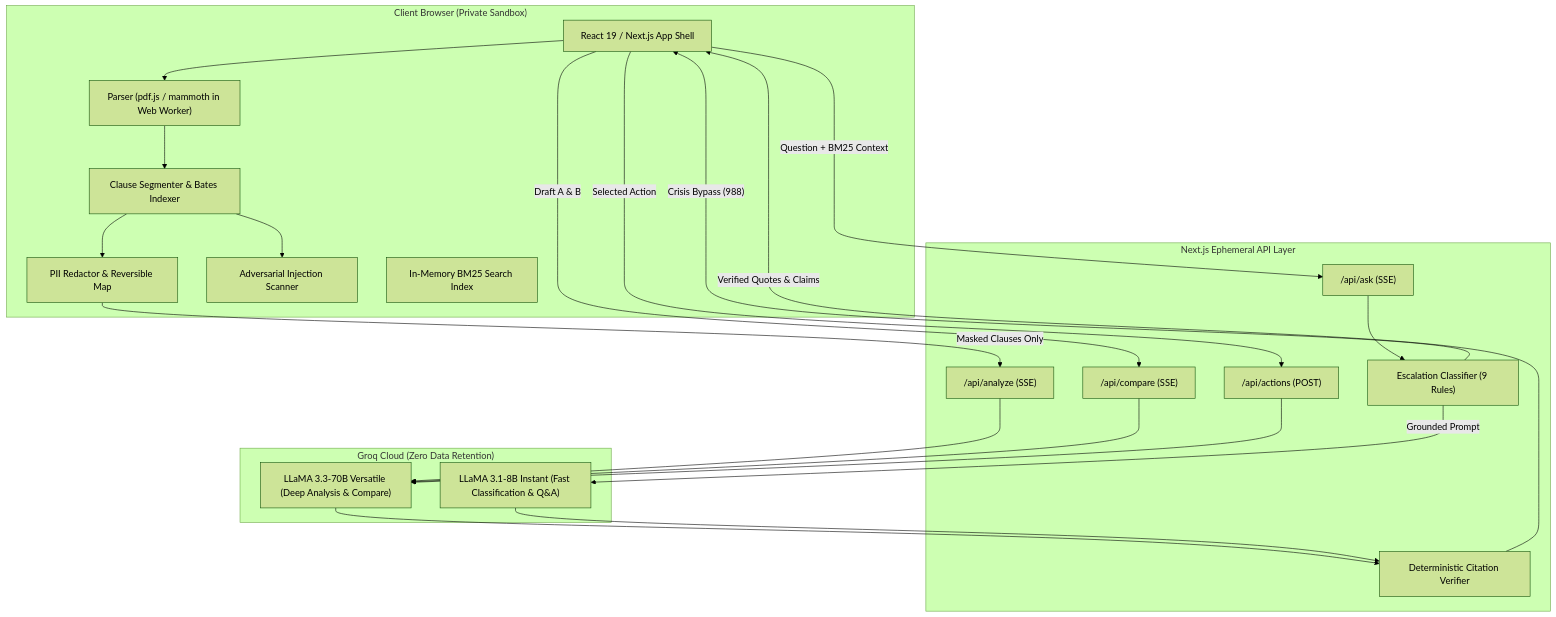
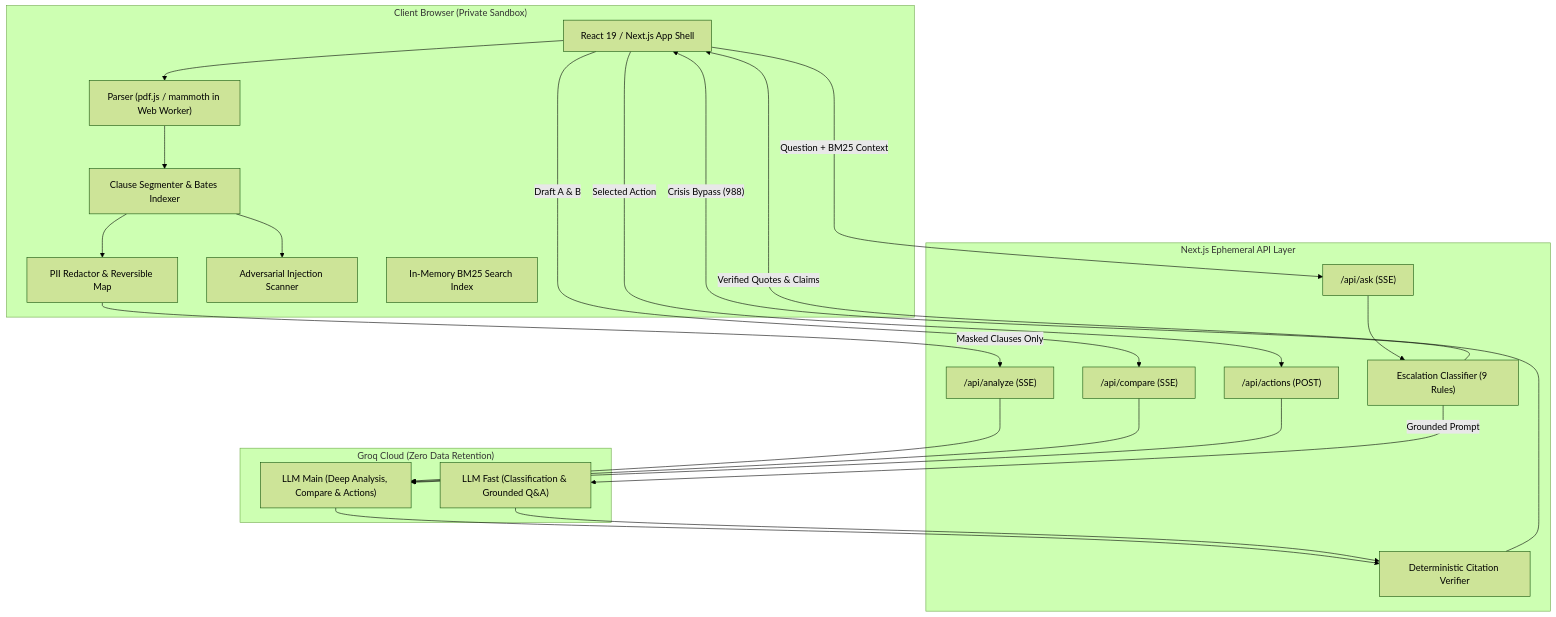
The diagram in README.md (Aryan24a-git/Lexlens), drawn with Mermaid (forest theme) before and after one commit. The commit also changed other lines of this file, not shown here.

````diff
--- a/README.md
+++ b/README.md
@@ -73,44 +81,44 @@
 ```mermaid
 flowchart TD
     subgraph Browser ["Client Browser (Private Sandbox)"]
         UI["React 19 / Next.js App Shell"]
         Parser["Parser (pdf.js / mammoth in Web Worker)"]
         Segmenter["Clause Segmenter & Bates Indexer"]
         PII["PII Redactor & Reversible Map"]
         Scanner["Adversarial Injection Scanner"]
         BM25["In-Memory BM25 Search Index"]
     end
 
     subgraph Server ["Next.js Ephemeral API Layer"]
         API_Analyze["/api/analyze (SSE)"]
         API_Ask["/api/ask (SSE)"]
         API_Compare["/api/compare (SSE)"]
         API_Actions["/api/actions (POST)"]
         Verifier["Deterministic Citation Verifier"]
         Escalation["Escalation Classifier (9 Rules)"]
     end
 
     subgraph LLM ["Groq Cloud (Zero Data Retention)"]
-        LLaMA_Main["LLaMA 3.3-70B Versatile (Deep Analysis & Compare)"]
-        LLaMA_Fast["LLaMA 3.1-8B Instant (Fast Classification & Q&A)"]
+        LLM_Main["LLM Main (Deep Analysis, Compare & Actions)"]
+        LLM_Fast["LLM Fast (Classification & Grounded Q&A)"]
     end
 
     UI --> Parser --> Segmenter
     Segmenter --> Scanner
     Segmenter --> PII
     PII -- "Masked Clauses Only" --> API_Analyze
     UI -- "Question + BM25 Context" --> API_Ask
     UI -- "Draft A & B" --> API_Compare
     UI -- "Selected Action" --> API_Actions
 
-    API_Analyze --> LLaMA_Main
+    API_Analyze --> LLM_Main
     API_Ask --> Escalation
     Escalation -- "Crisis Bypass (988)" --> UI
-    Escalation -- "Grounded Prompt" --> LLaMA_Fast
-    API_Compare --> LLaMA_Main
-    API_Actions --> LLaMA_Main
+    Escalation -- "Grounded Prompt" --> LLM_Fast
+    API_Compare --> LLM_Main
+    API_Actions --> LLM_Main
 
-    LLaMA_Main --> Verifier
-    LLaMA_Fast --> Verifier
+    LLM_Main --> Verifier
+    LLM_Fast --> Verifier
     Verifier -- "Verified Quotes & Claims" --> UI
 ```
````
